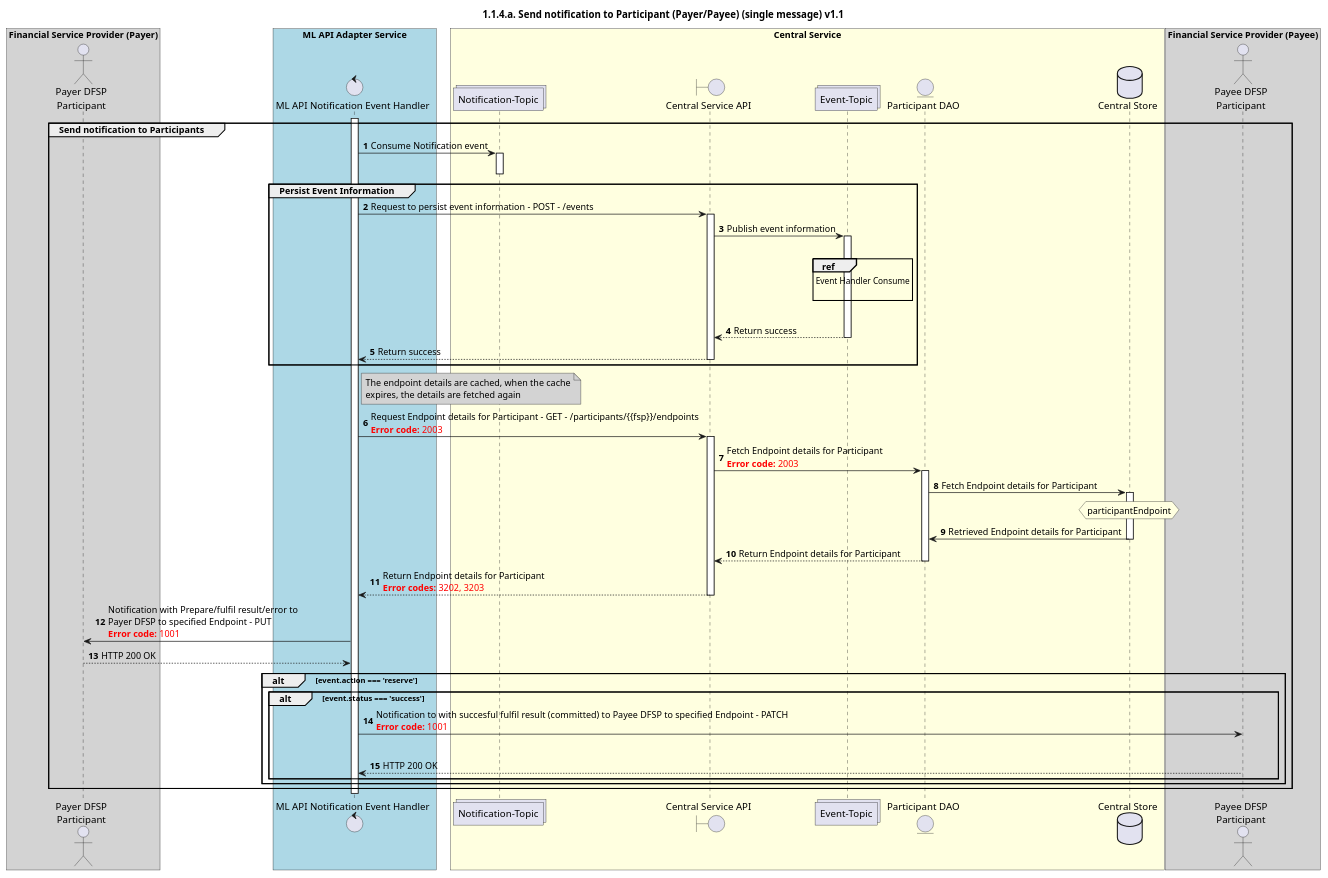
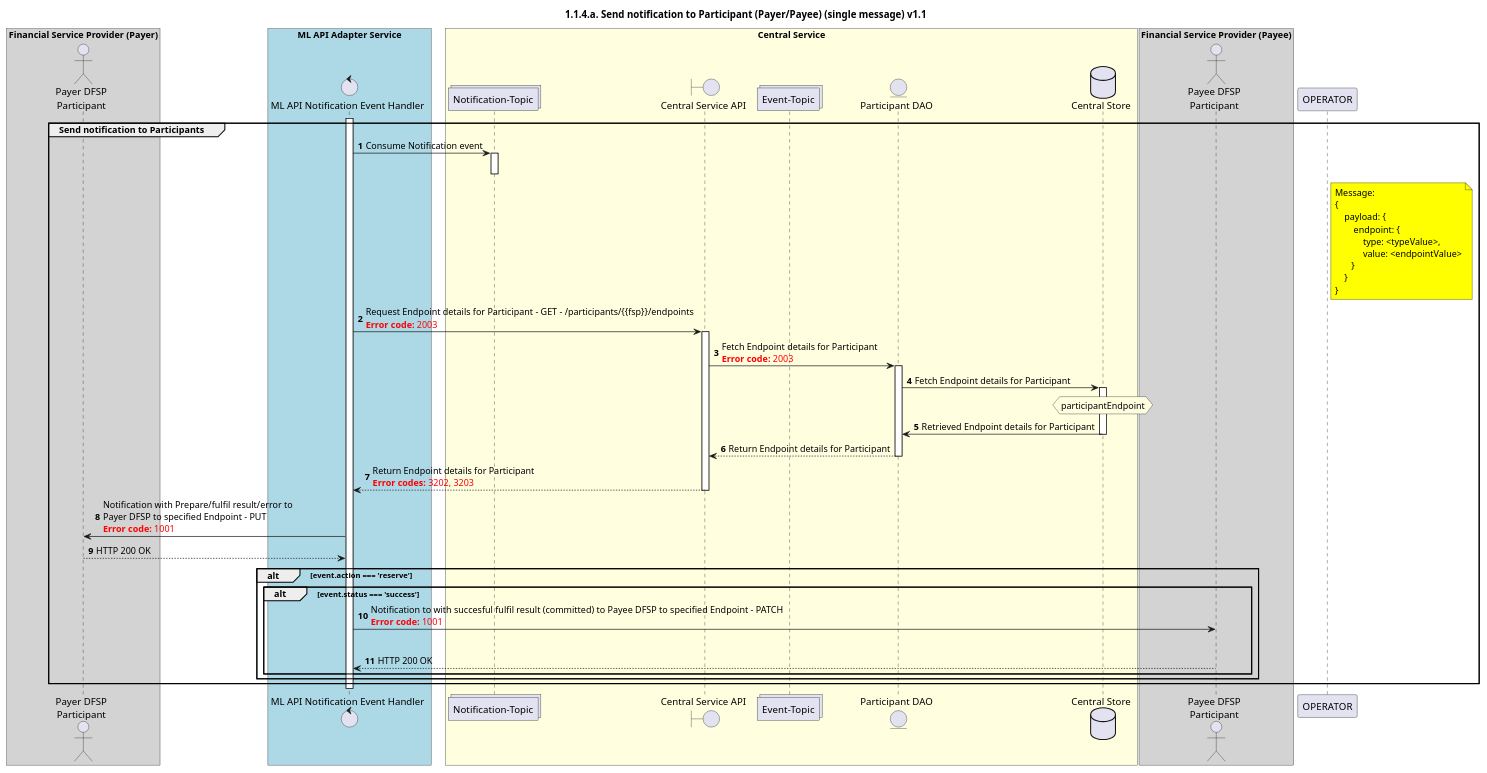
Before and after one commit to mojaloop/documentation: the diagram in mojaloop-technical-overview/central-ledger/assets/diagrams/sequence/seq-prepare-1.1.4.a-v1.1.plantuml, drawn with PlantUML. The commit also changed 6 other files, not shown here.

```diff
--- a/mojaloop-technical-overview/central-ledger/assets/diagrams/sequence/seq-prepare-1.1.4.a-v1.1.plantuml
+++ b/mojaloop-technical-overview/central-ledger/assets/diagrams/sequence/seq-prepare-1.1.4.a-v1.1.plantuml
@@ -28,96 +28,91 @@
 @startuml
 ' declate title
 title 1.1.4.a. Send notification to Participant (Payer/Payee) (single message) v1.1
 
 autonumber
 
 ' Actor Keys:
 '   actor - Payer DFSP, Payee DFSP
 '   boundary - APIs/Interfaces, etc
 '   collections - Kafka Topics
 '   control - Kafka Consumers
 '   entity - Database Access Objects
 '   database - Database Persistance Store
 
 ' declare actors
 actor "Payer DFSP\nParticipant" as PAYER_DFSP
 actor "Payee DFSP\nParticipant" as PAYEE_DFSP
 control "ML API Notification Event Handler" as NOTIFY_HANDLER
 boundary "Central Service API" as CSAPI
 collections "Notification-Topic" as TOPIC_NOTIFICATIONS
 collections "Event-Topic" as TOPIC_EVENTS
 entity "Participant DAO" as PARTICIPANT_DAO
 database "Central Store" as DB
 
 box "Financial Service Provider (Payer)" #lightGray
 	participant PAYER_DFSP
 end box
 
 box "ML API Adapter Service" #LightBlue
 	participant NOTIFY_HANDLER
 end box
 
 box "Central Service" #LightYellow
     participant TOPIC_NOTIFICATIONS
     participant CSAPI
     participant TOPIC_EVENTS
     participant PARTICIPANT_DAO
     participant DB
 end box
 
 box "Financial Service Provider (Payee)" #lightGray
 	participant PAYEE_DFSP
 end box
 
 ' start flow
 activate NOTIFY_HANDLER
 group Send notification to Participants
     TOPIC_NOTIFICATIONS <- NOTIFY_HANDLER: Consume Notification event
     activate TOPIC_NOTIFICATIONS
     deactivate TOPIC_NOTIFICATIONS
 
-    group Persist Event Information
-        NOTIFY_HANDLER -> CSAPI: Request to persist event information - POST - /events
-        activate CSAPI
-        CSAPI -> TOPIC_EVENTS: Publish event information
-        activate TOPIC_EVENTS
-        |||
-        ref over TOPIC_EVENTS :  Event Handler Consume\n
-        |||
-        TOPIC_EVENTS --> CSAPI: Return success
-        deactivate TOPIC_EVENTS
-        CSAPI --> NOTIFY_HANDLER: Return success
-        deactivate CSAPI
-    end
-    note right of NOTIFY_HANDLER #lightgray
-        The endpoint details are cached, when the cache
-        expires, the details are fetched again
+    note right of OPERATOR #yellow
+        Message:
+        {
+            payload: {
+                endpoint: {
+                    type: <typeValue>,
+                    value: <endpointValue>
+               }
+            }
+        }
     end note
+    
     NOTIFY_HANDLER -> CSAPI: Request Endpoint details for Participant - GET - /participants/{{fsp}}/endpoints\n<color #FF0000><b>Error code:</b> 2003</color>
 
     activate CSAPI
     CSAPI -> PARTICIPANT_DAO: Fetch Endpoint details for Participant\n<color #FF0000><b>Error code:</b> 2003</color>
     activate PARTICIPANT_DAO
     PARTICIPANT_DAO -> DB: Fetch Endpoint details for Participant
     activate DB
     hnote over DB #lightyellow
         participantEndpoint
     end note
     DB -> PARTICIPANT_DAO: Retrieved Endpoint details for Participant
     deactivate DB
     PARTICIPANT_DAO --> CSAPI: Return Endpoint details for Participant
     deactivate PARTICIPANT_DAO
     CSAPI --> NOTIFY_HANDLER: Return Endpoint details for Participant\n<color #FF0000><b>Error codes:</b> 3202, 3203</color>
     deactivate CSAPI
     NOTIFY_HANDLER -> PAYER_DFSP: Notification with Prepare/fulfil result/error to \nPayer DFSP to specified Endpoint - PUT \n<color #FF0000><b>Error code:</b> 1001</color>
     NOTIFY_HANDLER <-- PAYER_DFSP: HTTP 200 OK 
     alt event.action === 'reserve'
         alt event.status === 'success'
         NOTIFY_HANDLER -> PAYEE_DFSP: Notification to with succesful fulfil result (committed) to Payee DFSP to specified Endpoint - PATCH \n<color #FF0000><b>Error code:</b> 1001</color>
         |||
         NOTIFY_HANDLER <-- PAYEE_DFSP: HTTP 200 OK
         end 
     end
 end
 deactivate NOTIFY_HANDLER
 @enduml
```
